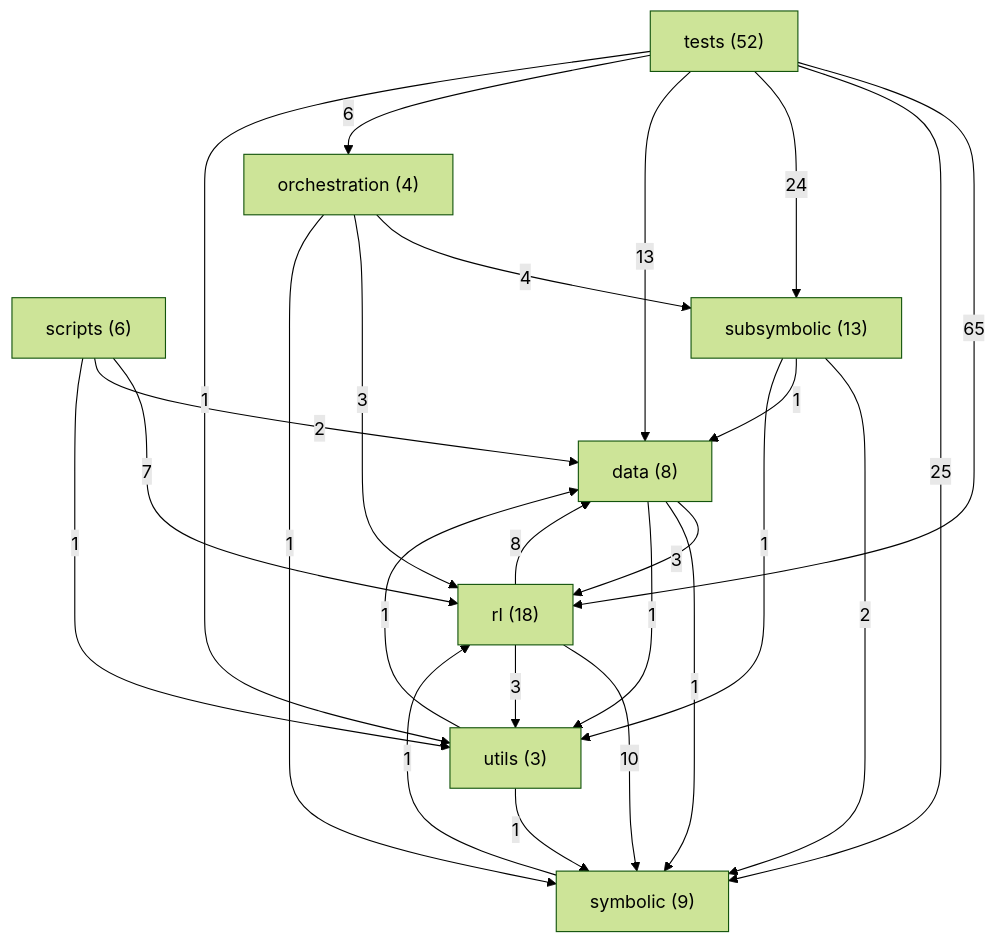
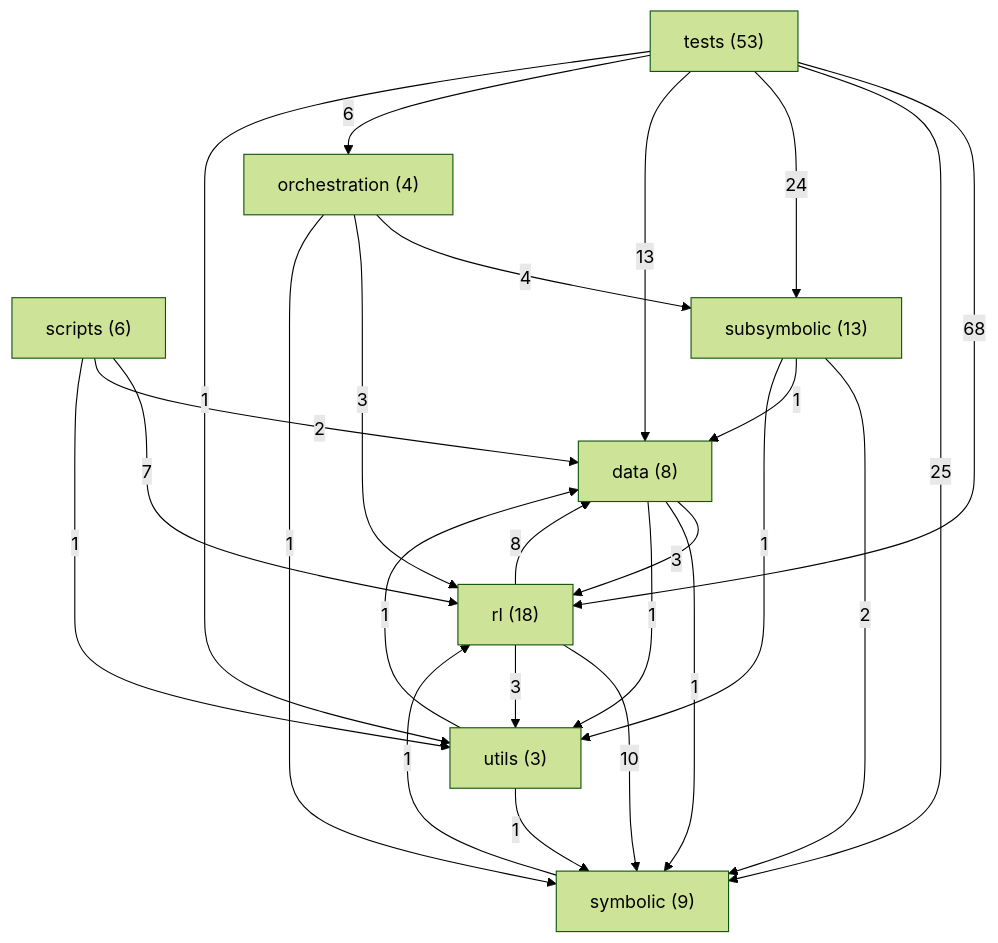
Before and after one commit to danrd/ARC-AGI: the diagram in ARCHITECTURE.md, drawn with Mermaid (forest theme). The commit also changed other lines of this file and 5 other files, not shown here.

````diff
--- a/ARCHITECTURE.md
+++ b/ARCHITECTURE.md
@@ -127,35 +127,35 @@
 ```mermaid
 graph TD
   data["data (8)"]
   orchestration["orchestration (4)"]
   rl["rl (18)"]
   scripts["scripts (6)"]
   subsymbolic["subsymbolic (13)"]
   symbolic["symbolic (9)"]
-  tests["tests (52)"]
+  tests["tests (53)"]
   utils["utils (3)"]
-  tests -->|65| rl
+  tests -->|68| rl
   tests -->|25| symbolic
   tests -->|24| subsymbolic
   tests -->|13| data
   rl -->|10| symbolic
   rl -->|8| data
   scripts -->|7| rl
   tests -->|6| orchestration
   orchestration -->|4| subsymbolic
   data -->|3| rl
   orchestration -->|3| rl
   rl -->|3| utils
   scripts -->|2| data
   subsymbolic -->|2| symbolic
   data -->|1| symbolic
   data -->|1| utils
   orchestration -->|1| symbolic
   scripts -->|1| utils
   subsymbolic -->|1| data
   subsymbolic -->|1| utils
   symbolic -->|1| rl
   tests -->|1| utils
   utils -->|1| data
   utils -->|1| symbolic
 ```
````
